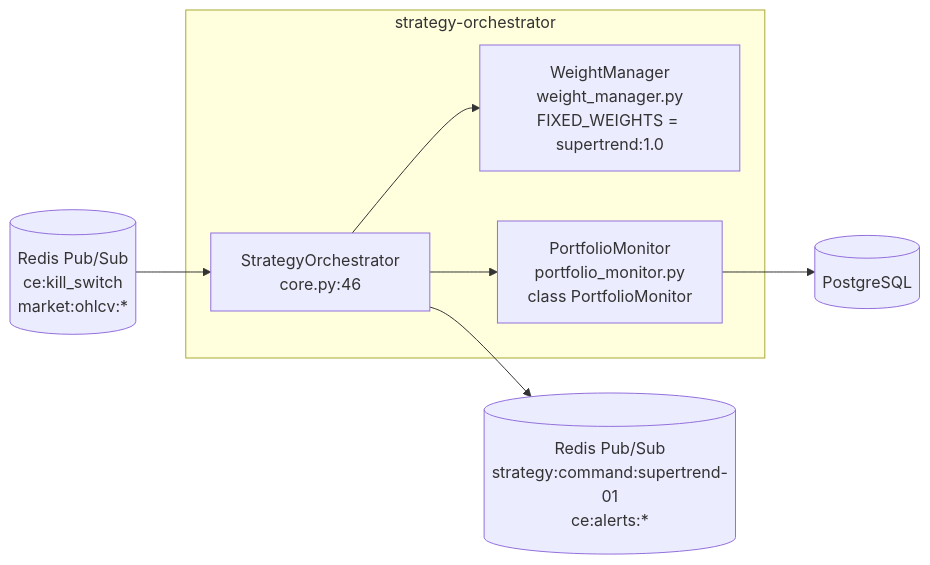
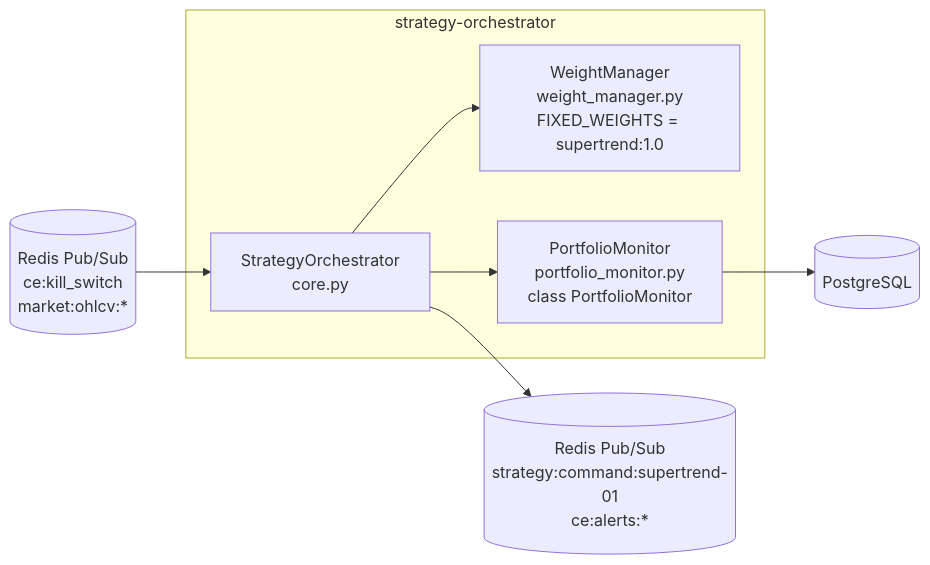
Before and after one commit to Justant-source/Bit-Mania: the first of 5 diagrams in docs/30-components/components.md, drawn with Mermaid. The commit also changed other lines of this file and 20 other files, not shown here.

````diff
--- a/docs/30-components/components.md
+++ b/docs/30-components/components.md
@@ -17,17 +17,17 @@
 ```mermaid
 flowchart LR
   subgraph orch["strategy-orchestrator"]
-    core["StrategyOrchestrator<br/>core.py:46"]
+    core["StrategyOrchestrator<br/>core.py"]
     wm["WeightManager<br/>weight_manager.py<br/>FIXED_WEIGHTS = supertrend:1.0"]
     pm["PortfolioMonitor<br/>portfolio_monitor.py<br/>class PortfolioMonitor"]
   end
   redis_in[("Redis Pub/Sub<br/>ce:kill_switch<br/>market:ohlcv:*")]
   redis_out[("Redis Pub/Sub<br/>strategy:command:supertrend-01<br/>ce:alerts:*")]
   pg[("PostgreSQL")]
   
   redis_in --> core
   core --> wm
   core --> pm
   core --> redis_out
   pm --> pg
 ```
````
